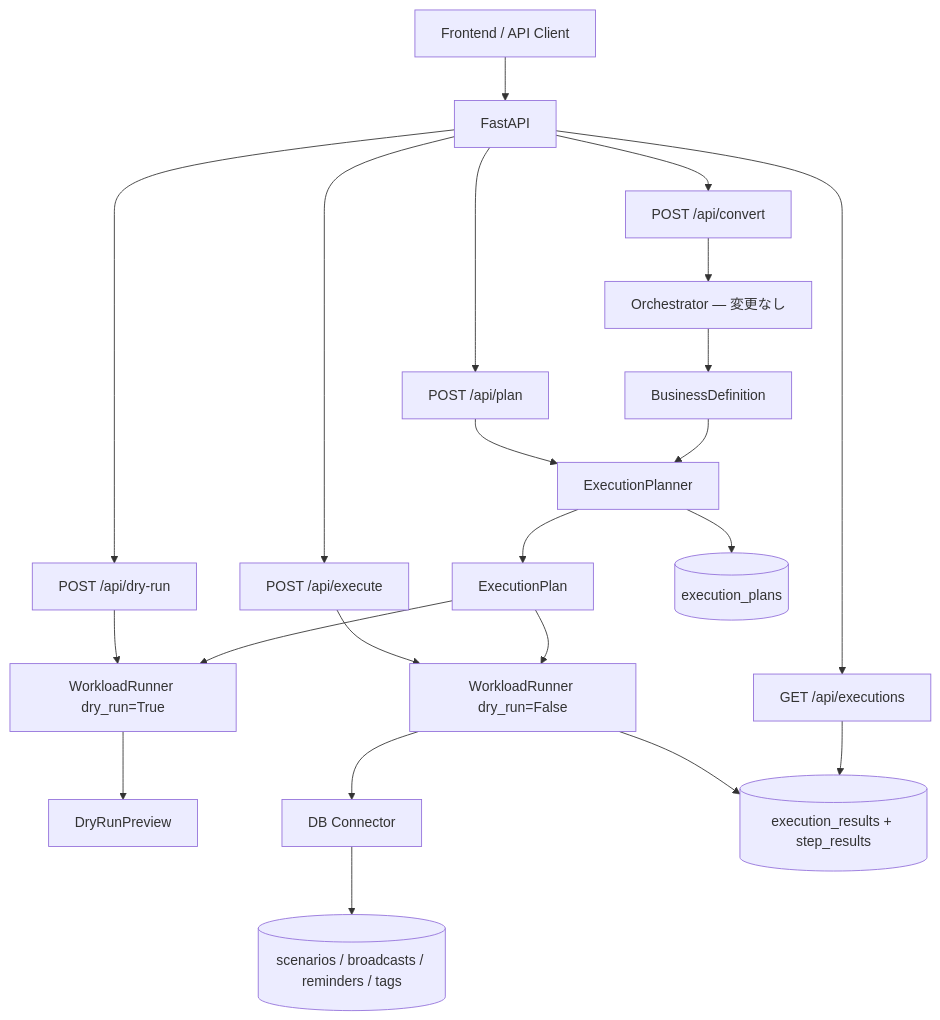
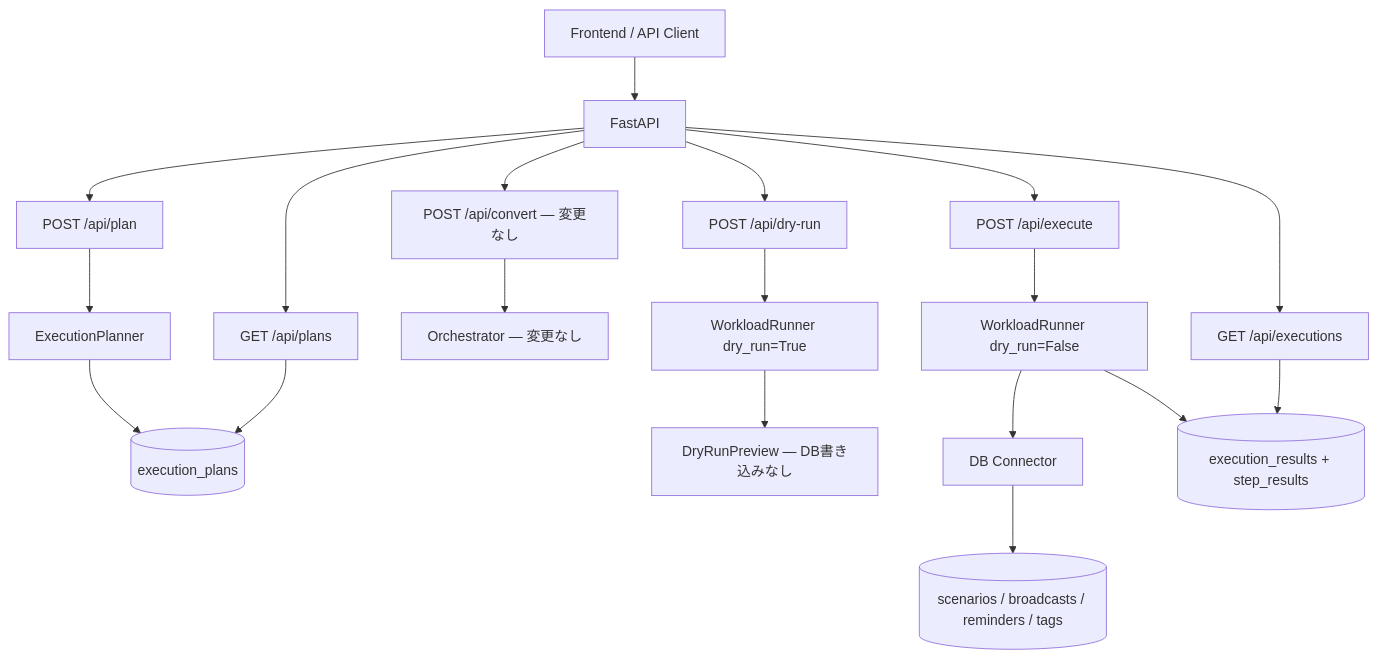
Before and after one commit to KazuakiWatanabe/agentic-bizflow: the diagram in docs/phase3/phase3_design.md, drawn with Mermaid. The commit also changed other lines of this file and 1 other file, not shown here.

````diff
--- a/docs/phase3/phase3_design.md
+++ b/docs/phase3/phase3_design.md
@@ -342,30 +358,27 @@
 ```mermaid
 flowchart TB
     UI[Frontend / API Client] --> API[FastAPI]
 
-    API --> CONVERT[POST /api/convert]
+    API --> CONVERT[POST /api/convert — 変更なし]
     API --> PLAN_EP[POST /api/plan]
     API --> DRYRUN_EP[POST /api/dry-run]
     API --> EXEC_EP[POST /api/execute]
-    API --> HISTORY_EP[GET /api/executions]
+    API --> HISTORY[GET /api/executions]
+    API --> PLANS[GET /api/plans]
 
     CONVERT --> ORCH[Orchestrator — 変更なし]
-    ORCH --> BD[BusinessDefinition]
 
     PLAN_EP --> EP[ExecutionPlanner]
-    BD --> EP
-    EP --> PLAN[ExecutionPlan]
     EP --> DB_PLAN[(execution_plans)]
 
     DRYRUN_EP --> WR_DRY[WorkloadRunner dry_run=True]
-    PLAN --> WR_DRY
-    WR_DRY --> PREVIEW[DryRunPreview]
+    WR_DRY --> PREVIEW[DryRunPreview — DB書き込みなし]
 
     EXEC_EP --> WR[WorkloadRunner dry_run=False]
-    PLAN --> WR
-    WR --> CONN[DB Connector]
-    CONN --> DB_DOMAIN[(scenarios / broadcasts / reminders / tags)]
+    WR --> DBCONN[DB Connector]
+    DBCONN --> DB_DOMAIN[(scenarios / broadcasts / reminders / tags)]
     WR --> DB_RESULT[(execution_results + step_results)]
 
-    HISTORY_EP --> DB_RESULT
+    HISTORY --> DB_RESULT
+    PLANS --> DB_PLAN
 ```
````
